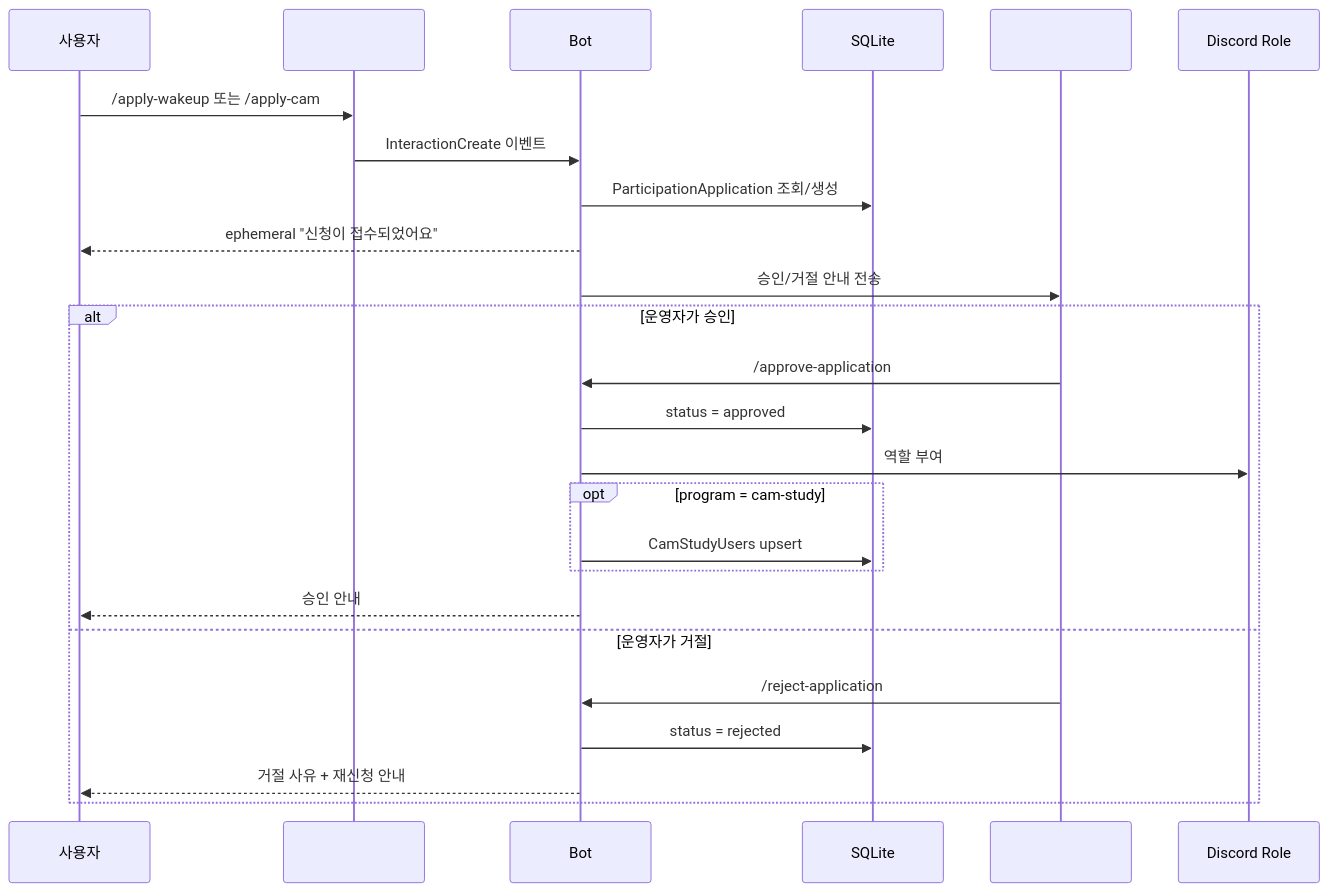
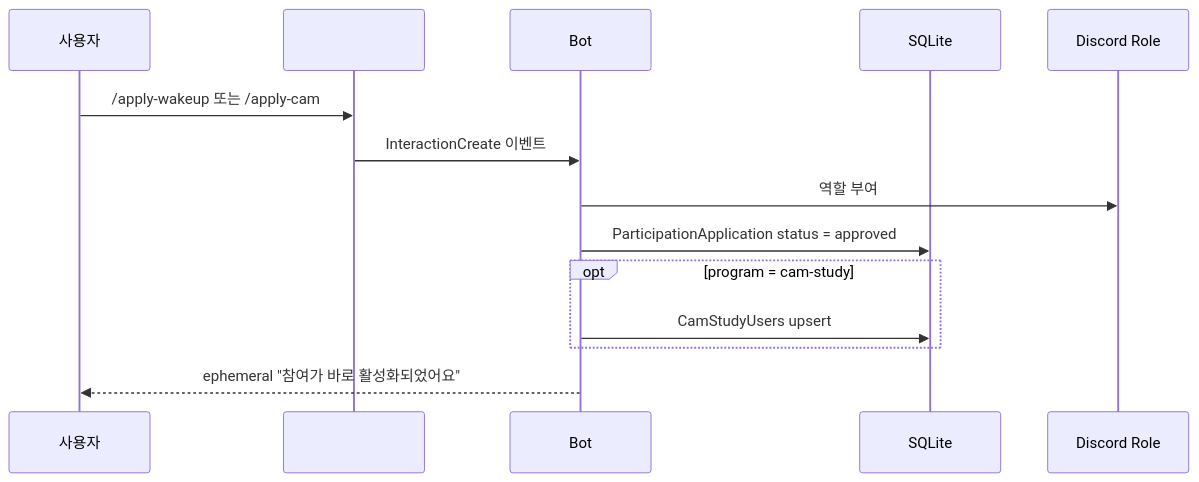
Before and after one commit to honki12345/haruharu-discord-bot: the second of 16 diagrams in docs/USER_STORIES.md, drawn with Mermaid. The commit also changed other lines of this file and 9 other files, not shown here.

````diff
--- a/docs/USER_STORIES.md
+++ b/docs/USER_STORIES.md
@@ -54,29 +54,17 @@
 ```mermaid
 sequenceDiagram
     participant U as 사용자
     participant A as #apply
     participant B as Bot
     participant DB as SQLite
-    participant O as #ops
     participant D as Discord Role
 
     U->>A: /apply-wakeup 또는 /apply-cam
     A->>B: InteractionCreate 이벤트
-    B->>DB: ParticipationApplication 조회/생성
-    B-->>U: ephemeral "신청이 접수되었어요"
-    B->>O: 승인/거절 안내 전송
-
-    alt 운영자가 승인
-        O->>B: /approve-application
-        B->>DB: status = approved
-        B->>D: 역할 부여
-        opt program = cam-study
-            B->>DB: CamStudyUsers upsert
-        end
-        B-->>U: 승인 안내
-    else 운영자가 거절
-        O->>B: /reject-application
-        B->>DB: status = rejected
-        B-->>U: 거절 사유 + 재신청 안내
+    B->>D: 역할 부여
+    B->>DB: ParticipationApplication status = approved
+    opt program = cam-study
+        B->>DB: CamStudyUsers upsert
     end
+    B-->>U: ephemeral "참여가 바로 활성화되었어요"
 ```
````
